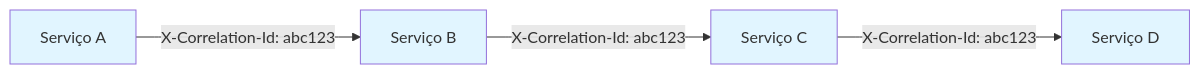
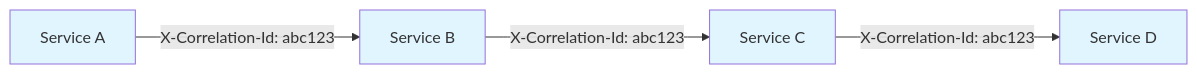
One commit to whitebeardit/traceability changed the fifth of 7 diagrams in docs/agents/architecture.md. Above: the diagram before and after it, drawn with Mermaid. The commit also changed other lines of this file and 35 other files, not shown here.

````diff
--- a/docs/agents/architecture.md
+++ b/docs/agents/architecture.md
@@ -144,11 +144,11 @@
 ```mermaid
 graph LR
-    A[Serviço A] -->|X-Correlation-Id: abc123| B[Serviço B]
-    B -->|X-Correlation-Id: abc123| C[Serviço C]
-    C -->|X-Correlation-Id: abc123| D[Serviço D]
+    A[Service A] -->|X-Correlation-Id: abc123| B[Service B]
+    B -->|X-Correlation-Id: abc123| C[Service C]
+    C -->|X-Correlation-Id: abc123| D[Service D]
     
     style A fill:#e1f5ff
     style B fill:#e1f5ff
     style C fill:#e1f5ff
     style D fill:#e1f5ff
 ```
````
